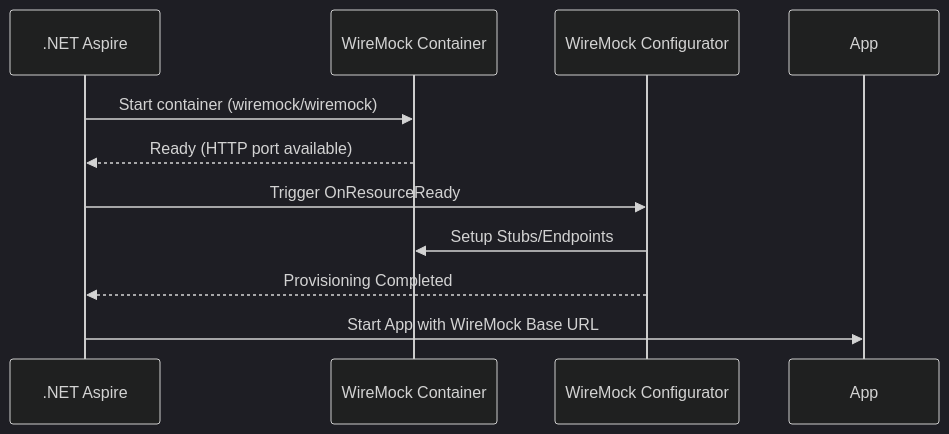
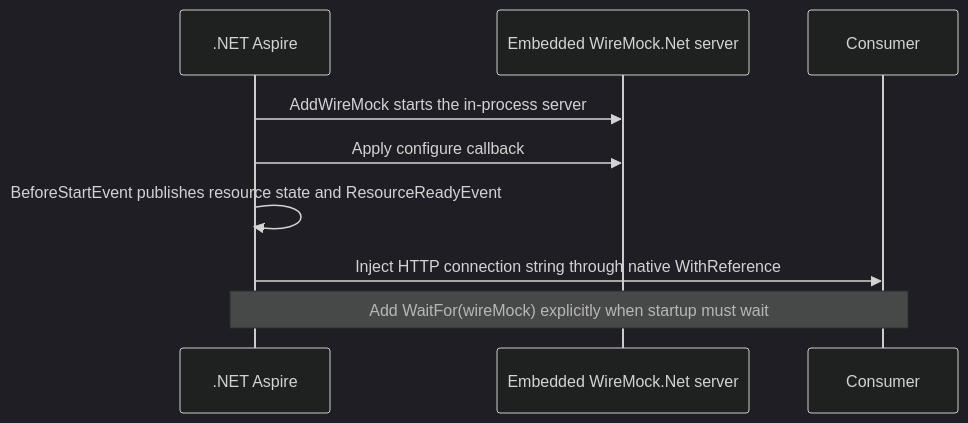
One commit to Marcus-V-Freitas/MVFC.Aspire.Helpers changed the diagram in src/MVFC.Aspire.Helpers.WireMock/README.md. Above: the diagram before and after it, drawn with Mermaid (dark theme). The commit also changed other lines of this file and 74 other files, not shown here.

````diff
--- a/src/MVFC.Aspire.Helpers.WireMock/README.md
+++ b/src/MVFC.Aspire.Helpers.WireMock/README.md
@@ -92,13 +92,12 @@
 ```mermaid
 sequenceDiagram
     participant Aspire as .NET Aspire
-    participant Container as WireMock Container
-    participant Configurator as WireMock Configurator
-    
-    Aspire->>Container: Start container (wiremock/wiremock)
-    Container-->>Aspire: Ready (HTTP port available)
-    Aspire->>Configurator: Trigger OnResourceReady
-    Configurator->>Container: Setup Stubs/Endpoints
-    Configurator-->>Aspire: Provisioning Completed
-    Aspire->>App: Start App with WireMock Base URL
+    participant Server as Embedded WireMock.Net server
+    participant App as Consumer
+
+    Aspire->>Server: AddWireMock starts the in-process server
+    Aspire->>Server: Apply configure callback
+    Aspire->>Aspire: BeforeStartEvent publishes resource state and ResourceReadyEvent
+    Aspire->>App: Inject HTTP connection string through native WithReference
+    Note over Aspire,App: Add WaitFor(wireMock) explicitly when startup must wait
 ```
````
